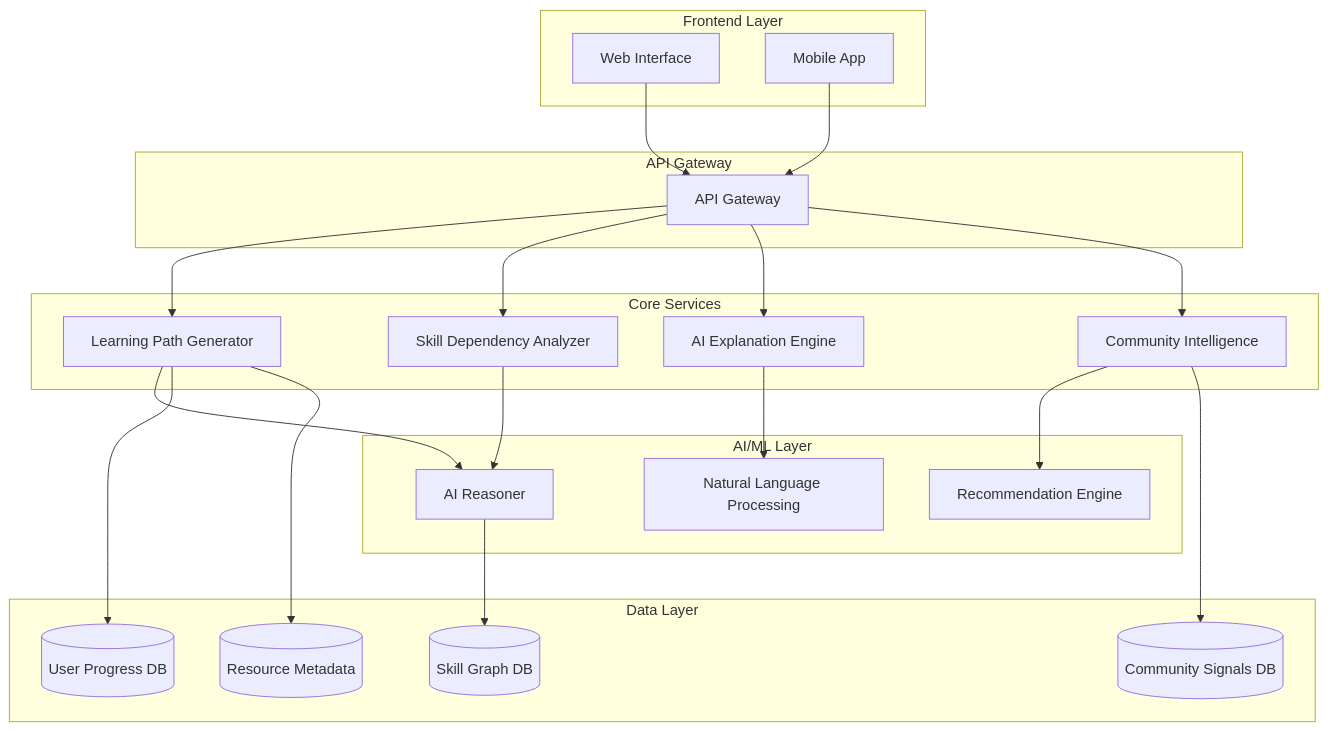
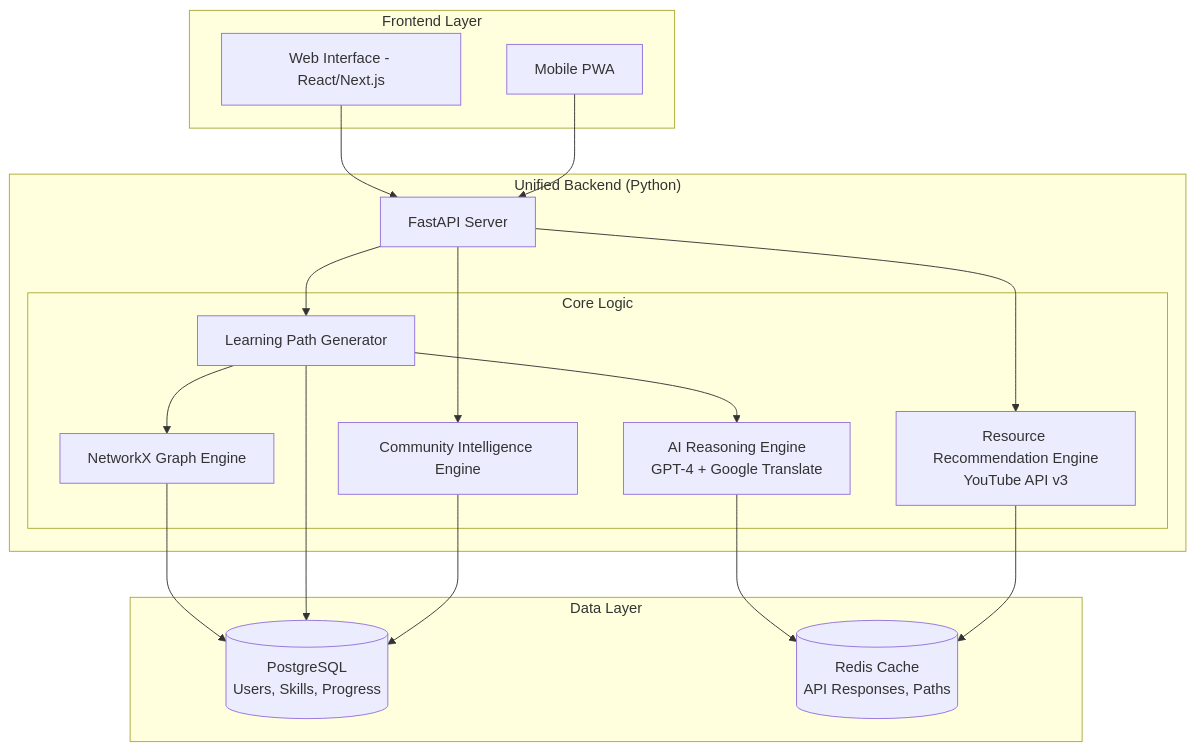
The first of 2 diagrams in .kiro/specs/skill-scout/design.md (varnika070/skillscout), drawn with Mermaid before and after one commit. The commit also changed other lines of this file, not shown here.

````diff
--- a/.kiro/specs/skill-scout/design.md
+++ b/.kiro/specs/skill-scout/design.md
@@ -67,48 +69,41 @@
 ```mermaid
-graph TB
+graph TD
     subgraph "Frontend Layer"
-        UI[Web Interface]
-        Mobile[Mobile App]
+        UI[Web Interface - React/Next.js]
+        Mobile[Mobile PWA]
     end
     
-    subgraph "API Gateway"
-        Gateway[API Gateway]
-    end
-    
-    subgraph "Core Services"
-        PathGen[Learning Path Generator]
-        SkillAnalyzer[Skill Dependency Analyzer]
-        Explainer[AI Explanation Engine]
-        Community[Community Intelligence]
-    end
-    
-    subgraph "AI/ML Layer"
-        Reasoner[AI Reasoner]
-        NLP[Natural Language Processing]
-        RecEngine[Recommendation Engine]
+    subgraph "Unified Backend (Python)"
+        FastAPI[FastAPI Server]
+        
+        subgraph "Core Logic"
+            PathGen[Learning Path Generator]
+            GraphEngine[NetworkX Graph Engine]
+            AIReasoner[AI Reasoning Engine<br/>GPT-4 + Google Translate]
+            ResourceEngine[Resource Recommendation Engine<br/>YouTube API v3]
+            CommunityEngine[Community Intelligence Engine]
+        end
     end
     
     subgraph "Data Layer"
-        SkillGraph[(Skill Graph DB)]
-        UserData[(User Progress DB)]
-        CommunityData[(Community Signals DB)]
-        Resources[(Resource Metadata)]
+        PostgreSQL[(PostgreSQL<br/>Users, Skills, Progress)]
+        Redis[(Redis Cache<br/>API Responses, Paths)]
     end
     
-    UI --> Gateway
-    Mobile --> Gateway
-    Gateway --> PathGen
-    Gateway --> SkillAnalyzer
-    Gateway --> Explainer
-    Gateway --> Community
+    UI --> FastAPI
+    Mobile --> FastAPI
     
-    PathGen --> Reasoner
-    SkillAnalyzer --> Reasoner
-    Explainer --> NLP
-    Community --> RecEngine
+    FastAPI --> PathGen
+    FastAPI --> ResourceEngine
+    FastAPI --> CommunityEngine
     
-    Reasoner --> SkillGraph
-    PathGen --> UserData
-    Community --> CommunityData
-    PathGen --> Resources
+    PathGen --> GraphEngine
+    PathGen --> AIReasoner
+    
+    GraphEngine --> PostgreSQL
+    AIReasoner --> Redis
+    ResourceEngine --> Redis
+    
+    PathGen --> PostgreSQL
+    CommunityEngine --> PostgreSQL
 ```
````
